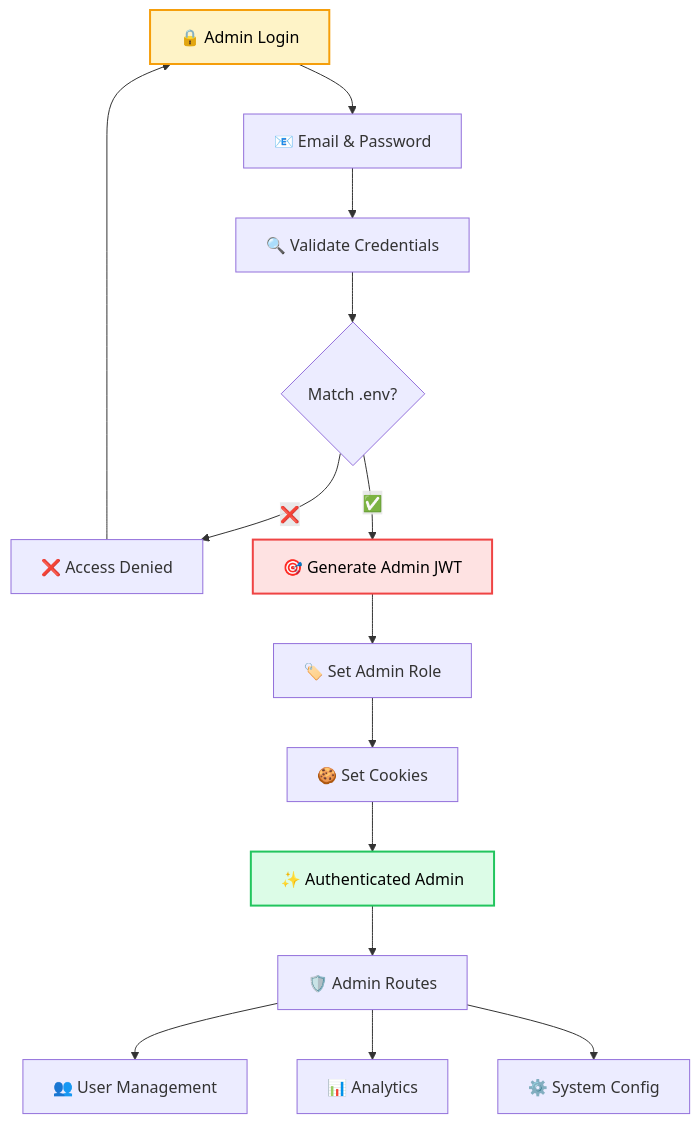
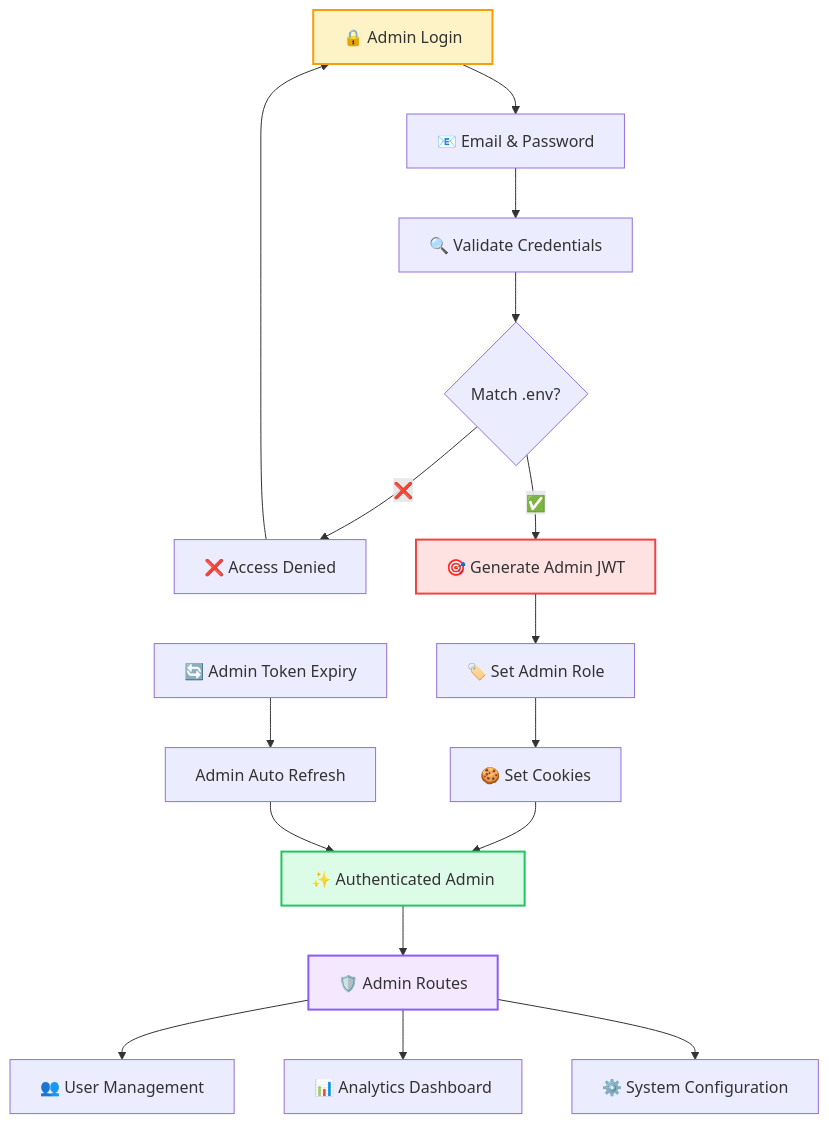
One commit to sinanptm/full-stack-template changed the third of 4 diagrams in README.md. Above: the diagram before and after it, drawn with Mermaid. The commit also changed other lines of this file, not shown here.

````diff
--- a/README.md
+++ b/README.md
@@ -95,20 +104,24 @@
 ```mermaid
 graph TB
-    A[🔒 Admin Login] --> B[📧 Email & Password]
-    B --> C[🔍 Validate Credentials]
-    C --> D{Match .env?}
-    D -->|❌| E[❌ Access Denied]
+    A["🔒 Admin Login"] --> B["📧 Email & Password"]
+    B --> C["🔍 Validate Credentials"]
+    C --> D{"Match .env?"}
+    D -->|"❌"| E["❌ Access Denied"]
     E --> A
-    D -->|✅| F[🎯 Generate Admin JWT]
-    F --> G[🏷️ Set Admin Role]
-    G --> H[🍪 Set Cookies]
-    H --> I[✨ Authenticated Admin]
-    I --> J[🛡️ Admin Routes]
-    J --> K[👥 User Management]
-    J --> L[📊 Analytics]
-    J --> M[⚙️ System Config]
+    D -->|"✅"| F["🎯 Generate Admin JWT"]
+    F --> G["🏷️ Set Admin Role"]
+    G --> H["🍪 Set Cookies"]
+    H --> I["✨ Authenticated Admin"]
+    I --> J["🛡️ Admin Routes"]
+    J --> K["👥 User Management"]
+    J --> L["📊 Analytics Dashboard"]
+    J --> M["⚙️ System Configuration"]
     
-    style A fill:#fef3c7,stroke:#f59e0b,stroke-width:2px,color:#000000
-    style I fill:#dcfce7,stroke:#22c55e,stroke-width:2px,color:#000000
-    style F fill:#fee2e2,stroke:#ef4444,stroke-width:2px,color:#000000
+    N["🔄 Admin Token Expiry"] --> O["Admin Auto Refresh"]
+    O --> I
+    
+    style A fill:#fef3c7,stroke:#f59e0b,stroke-width:2px
+    style I fill:#dcfce7,stroke:#22c55e,stroke-width:2px
+    style F fill:#fee2e2,stroke:#ef4444,stroke-width:2px
+    style J fill:#f3e8ff,stroke:#8b5cf6,stroke-width:2px
 ```
````
